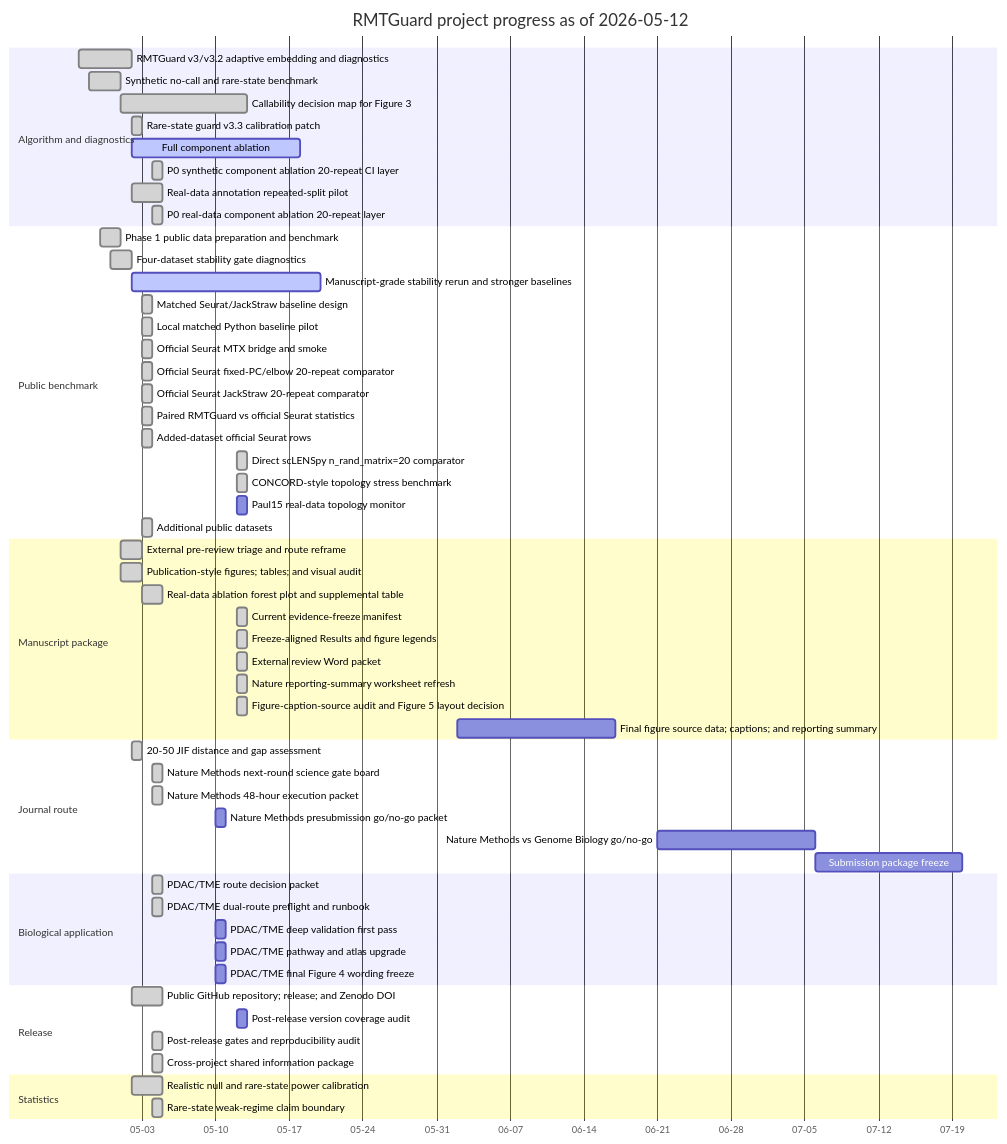
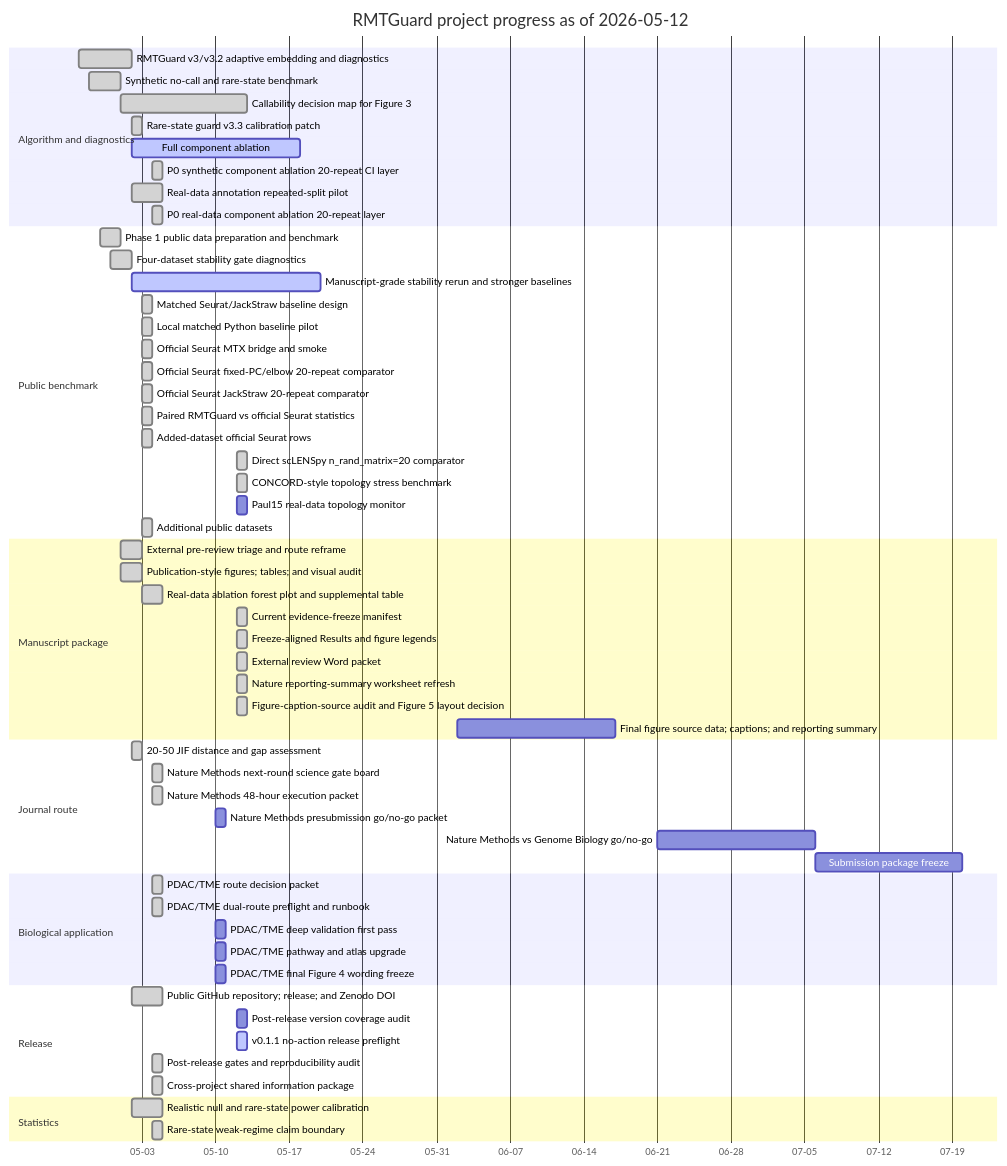
The diagram in results/project_management/rmtguard_project_gantt.md (healthgreat/rmtguard), drawn with Mermaid before and after one commit. The commit also changed other lines of this file and 19 other files, not shown here.

Commit message:
Add v0.1.1 release preflight gate

````diff
--- a/results/project_management/rmtguard_project_gantt.md
+++ b/results/project_management/rmtguard_project_gantt.md
@@ -13,61 +13,62 @@
 ```mermaid
 gantt
     title RMTGuard project progress as of 2026-05-12
     dateFormat  YYYY-MM-DD
     axisFormat  %m-%d
     section Algorithm and diagnostics
     RMTGuard v3/v3.2 adaptive embedding and diagnostics :done, T01, 2026-04-27, 5d
     Synthetic no-call and rare-state benchmark :done, T02, 2026-04-28, 3d
     Callability decision map for Figure 3 :done, T03, 2026-05-01, 12d
     Rare-state guard v3.3 calibration patch :done, T04, 2026-05-02, 1d
     Full component ablation :active, T18, 2026-05-02, 16d
     P0 synthetic component ablation 20-repeat CI layer :done, T19, 2026-05-04, 1d
     Real-data annotation repeated-split pilot :done, T20, 2026-05-02, 3d
     P0 real-data component ablation 20-repeat layer :done, T21, 2026-05-04, 1d
     section Public benchmark
     Phase 1 public data preparation and benchmark :done, T05, 2026-04-29, 2d
     Four-dataset stability gate diagnostics :done, T06, 2026-04-30, 2d
     Manuscript-grade stability rerun and stronger baselines :active, T17, 2026-05-02, 18d
-    Matched Seurat/JackStraw baseline design :done, T29, 2026-05-03, 1d
-    Local matched Python baseline pilot :done, T30, 2026-05-03, 1d
-    Official Seurat MTX bridge and smoke :done, T31, 2026-05-03, 1d
-    Official Seurat fixed-PC/elbow 20-repeat comparator :done, T32, 2026-05-03, 1d
-    Official Seurat JackStraw 20-repeat comparator :done, T33, 2026-05-03, 1d
-    Paired RMTGuard vs official Seurat statistics :done, T34, 2026-05-03, 1d
-    Added-dataset official Seurat rows :done, T35, 2026-05-03, 1d
-    Direct scLENSpy n_rand_matrix=20 comparator :done, T36, 2026-05-12, 1d
-    CONCORD-style topology stress benchmark :done, T37, 2026-05-12, 1d
-    Paul15 real-data topology monitor :T38, 2026-05-12, 1d
-    Additional public datasets :done, T42, 2026-05-03, 1d
+    Matched Seurat/JackStraw baseline design :done, T30, 2026-05-03, 1d
+    Local matched Python baseline pilot :done, T31, 2026-05-03, 1d
+    Official Seurat MTX bridge and smoke :done, T32, 2026-05-03, 1d
+    Official Seurat fixed-PC/elbow 20-repeat comparator :done, T33, 2026-05-03, 1d
+    Official Seurat JackStraw 20-repeat comparator :done, T34, 2026-05-03, 1d
+    Paired RMTGuard vs official Seurat statistics :done, T35, 2026-05-03, 1d
+    Added-dataset official Seurat rows :done, T36, 2026-05-03, 1d
+    Direct scLENSpy n_rand_matrix=20 comparator :done, T37, 2026-05-12, 1d
+    CONCORD-style topology stress benchmark :done, T38, 2026-05-12, 1d
+    Paul15 real-data topology monitor :T39, 2026-05-12, 1d
+    Additional public datasets :done, T43, 2026-05-03, 1d
     section Manuscript package
     External pre-review triage and route reframe :done, T07, 2026-05-01, 2d
     Publication-style figures; tables; and visual audit :done, T08, 2026-05-01, 2d
     Real-data ablation forest plot and supplemental table :done, T22, 2026-05-03, 2d
     Current evidence-freeze manifest :done, T23, 2026-05-12, 1d
     Freeze-aligned Results and figure legends :done, T24, 2026-05-12, 1d
     External review Word packet :done, T25, 2026-05-12, 1d
     Nature reporting-summary worksheet refresh :done, T26, 2026-05-12, 1d
     Figure-caption-source audit and Figure 5 layout decision :done, T27, 2026-05-12, 1d
-    Final figure source data; captions; and reporting summary :T43, 2026-06-02, 15d
+    Final figure source data; captions; and reporting summary :T44, 2026-06-02, 15d
     section Journal route
     20-50 JIF distance and gap assessment :done, T09, 2026-05-02, 1d
     Nature Methods next-round science gate board :done, T10, 2026-05-04, 1d
     Nature Methods 48-hour execution packet :done, T11, 2026-05-04, 1d
-    Nature Methods presubmission go/no-go packet :T46, 2026-05-10, 1d
-    Nature Methods vs Genome Biology go/no-go :T47, 2026-06-21, 15d
-    Submission package freeze :T48, 2026-07-06, 14d
+    Nature Methods presubmission go/no-go packet :T47, 2026-05-10, 1d
+    Nature Methods vs Genome Biology go/no-go :T48, 2026-06-21, 15d
+    Submission package freeze :T49, 2026-07-06, 14d
     section Biological application
     PDAC/TME route decision packet :done, T12, 2026-05-04, 1d
     PDAC/TME dual-route preflight and runbook :done, T13, 2026-05-04, 1d
-    PDAC/TME deep validation first pass :T39, 2026-05-10, 1d
-    PDAC/TME pathway and atlas upgrade :T40, 2026-05-10, 1d
-    PDAC/TME final Figure 4 wording freeze :T41, 2026-05-10, 1d
+    PDAC/TME deep validation first pass :T40, 2026-05-10, 1d
+    PDAC/TME pathway and atlas upgrade :T41, 2026-05-10, 1d
+    PDAC/TME final Figure 4 wording freeze :T42, 2026-05-10, 1d
     section Release
     Public GitHub repository; release; and Zenodo DOI :done, T14, 2026-05-02, 3d
     Post-release version coverage audit :T28, 2026-05-12, 1d
-    Post-release gates and reproducibility audit :done, T44, 2026-05-04, 1d
-    Cross-project shared information package :done, T45, 2026-05-04, 1d
+    v0.1.1 no-action release preflight :active, T29, 2026-05-12, 1d
+    Post-release gates and reproducibility audit :done, T45, 2026-05-04, 1d
+    Cross-project shared information package :done, T46, 2026-05-04, 1d
     section Statistics
     Realistic null and rare-state power calibration :done, T15, 2026-05-02, 3d
     Rare-state weak-regime claim boundary :done, T16, 2026-05-04, 1d
 ```
````
